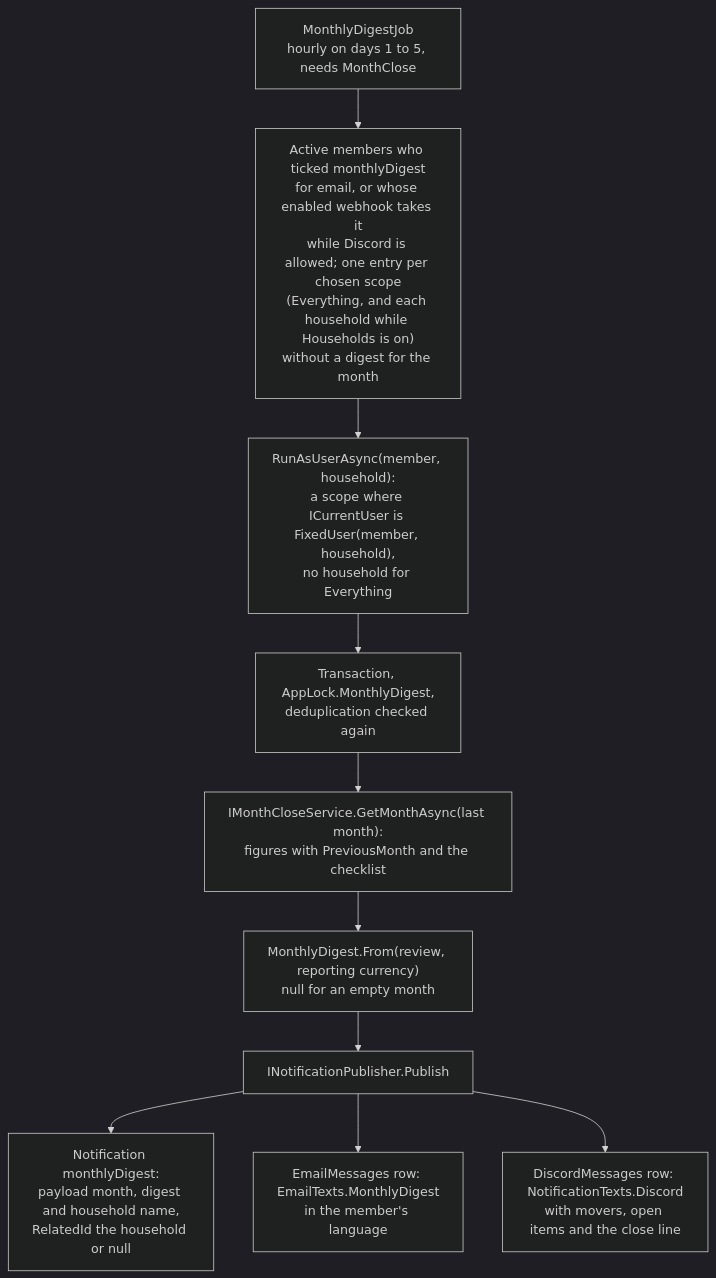
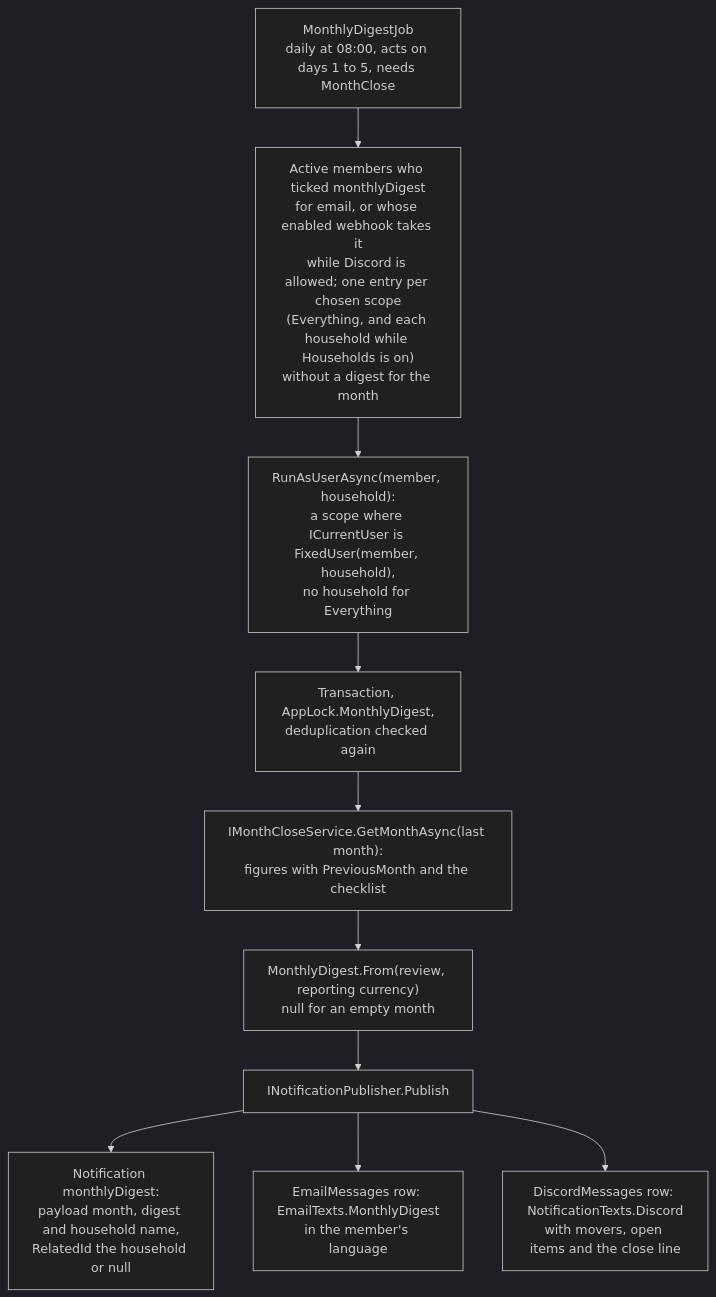
One commit to Justxs/Jx-Finance changed the diagram in docs/features/monthly-digest.md. Above: the diagram before and after it, drawn with Mermaid (dark theme). The commit also changed other lines of this file and 30 other files, not shown here.

````diff
--- a/docs/features/monthly-digest.md
+++ b/docs/features/monthly-digest.md
@@ -9,12 +9,12 @@
 ```mermaid
 flowchart TD
-    Job["MonthlyDigestJob<br/>hourly on days 1 to 5, needs MonthClose"] --> Pick["Active members who ticked monthlyDigest<br/>for email, or whose enabled webhook takes it<br/>while Discord is allowed; one entry per chosen scope<br/>(Everything, and each household while Households is on)<br/>without a digest for the month"]
+    Job["MonthlyDigestJob<br/>daily at 08:00, acts on days 1 to 5, needs MonthClose"] --> Pick["Active members who ticked monthlyDigest<br/>for email, or whose enabled webhook takes it<br/>while Discord is allowed; one entry per chosen scope<br/>(Everything, and each household while Households is on)<br/>without a digest for the month"]
     Pick --> Scope["RunAsUserAsync(member, household):<br/>a scope where ICurrentUser is FixedUser(member, household),<br/>no household for Everything"]
     Scope --> Lock["Transaction, AppLock.MonthlyDigest,<br/>deduplication checked again"]
     Lock --> Review["IMonthCloseService.GetMonthAsync(last month):<br/>figures with PreviousMonth and the checklist"]
     Review --> Build["MonthlyDigest.From(review, reporting currency)<br/>null for an empty month"]
     Build --> Pub["INotificationPublisher.Publish"]
     Pub --> Row["Notification monthlyDigest:<br/>payload month, digest and household name,<br/>RelatedId the household or null"]
     Pub --> Mail["EmailMessages row: EmailTexts.MonthlyDigest<br/>in the member's language"]
     Pub --> Discord["DiscordMessages row: NotificationTexts.Discord<br/>with movers, open items and the close line"]
 ```
````
